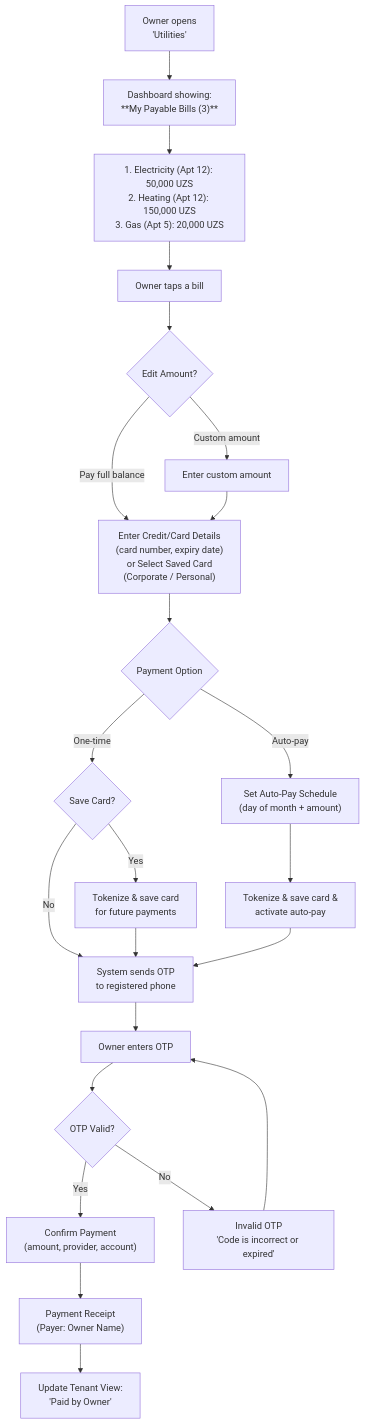
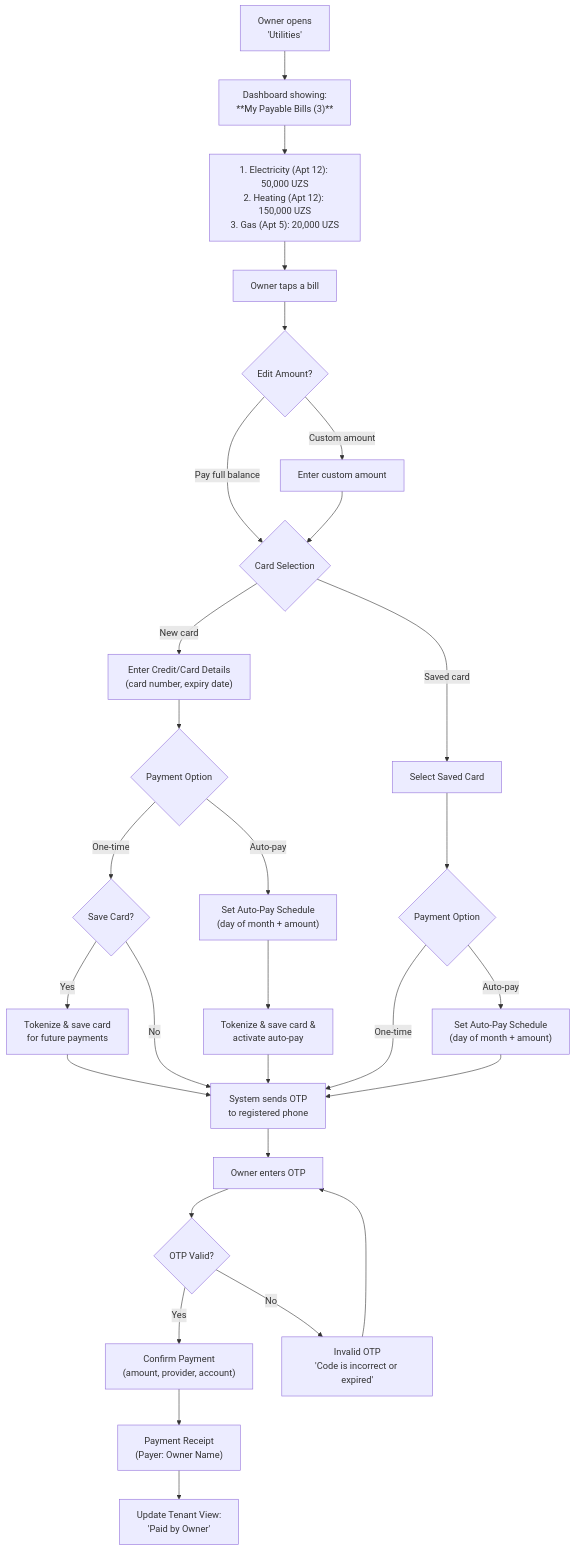
Before and after one commit to saodatm-dev/Utilities---Informational-Architecture: the tenth of 10 diagrams in Utilities - Business Owner.md, drawn with Mermaid. The commit also changed other lines of this file and 1 other file, not shown here.

Commit message:
refactor: update payment userflows to explicitly differentiate between new and saved card payment options.

````diff
--- a/Utilities - Business Owner.md
+++ b/Utilities - Business Owner.md
@@ -286,34 +286,37 @@
 ```mermaid
 flowchart TD
     OPEN["Owner opens<br/>'Utilities'"] --> DASH["Dashboard showing:<br/>**My Payable Bills (3)**"]
 
     DASH --> LIST["1. Electricity (Apt 12): 50,000 UZS<br/>2. Heating (Apt 12): 150,000 UZS<br/>3. Gas (Apt 5): 20,000 UZS"]
 
     LIST --> SELECT["Owner taps a bill"]
 
     SELECT --> EDIT_AMT{"Edit Amount?"}
-    EDIT_AMT -->|"Pay full balance"| CARD_DETAILS["Enter Credit/Card Details<br/>(card number, expiry date)<br/>or Select Saved Card<br/>(Corporate / Personal)"]
-    EDIT_AMT -->|"Custom amount"| CUSTOM_AMT["Enter custom amount"] --> CARD_DETAILS
+    EDIT_AMT -->|"Pay full balance"| CARD_CHOICE{"Card Selection"}
+    EDIT_AMT -->|"Custom amount"| CUSTOM_AMT["Enter custom amount"] --> CARD_CHOICE
 
-    CARD_DETAILS --> PAY_OPTS{"Payment Option"}
+    CARD_CHOICE -->|"New card"| NEW_CARD["Enter Credit/Card Details<br/>(card number, expiry date)"]
+    CARD_CHOICE -->|"Saved card"| SAVED_CARD["Select Saved Card"]
 
-    PAY_OPTS -->|"One-time"| SAVE_CARD{"Save Card?"}
-    SAVE_CARD -->|"Yes"| TOKENIZE["Tokenize & save card<br/>for future payments"]
+    NEW_CARD --> PAY_OPTS_NEW{"Payment Option"}
+    PAY_OPTS_NEW -->|"One-time"| SAVE_CARD{"Save Card?"}
+    SAVE_CARD -->|"Yes"| TOKENIZE["Tokenize & save card<br/>for future payments"] --> SEND_OTP
     SAVE_CARD -->|"No"| SEND_OTP
-    TOKENIZE --> SEND_OTP
+    PAY_OPTS_NEW -->|"Auto-pay"| SCHEDULE_NEW["Set Auto-Pay Schedule<br/>(day of month + amount)"]
+    SCHEDULE_NEW --> AUTO_SAVE["Tokenize & save card &<br/>activate auto-pay"] --> SEND_OTP
 
-    PAY_OPTS -->|"Auto-pay"| SCHEDULE["Set Auto-Pay Schedule<br/>(day of month + amount)"]
-    SCHEDULE --> AUTO_SAVE["Tokenize & save card &<br/>activate auto-pay"]
-    AUTO_SAVE --> SEND_OTP
+    SAVED_CARD --> PAY_OPTS_SAVED{"Payment Option"}
+    PAY_OPTS_SAVED -->|"One-time"| SEND_OTP
+    PAY_OPTS_SAVED -->|"Auto-pay"| SCHEDULE_SAVED["Set Auto-Pay Schedule<br/>(day of month + amount)"] --> SEND_OTP
 
     SEND_OTP["System sends OTP<br/>to registered phone"]
     SEND_OTP --> ENTER_OTP["Owner enters OTP"]
     ENTER_OTP --> OTP_CHECK{"OTP Valid?"}
 
     OTP_CHECK -->|"Yes"| CONFIRM["Confirm Payment<br/>(amount, provider, account)"]
     OTP_CHECK -->|"No"| OTP_ERROR["Invalid OTP<br/>'Code is incorrect or expired'"]
     OTP_ERROR --> ENTER_OTP
 
     CONFIRM --> RECEIPT["Payment Receipt<br/>(Payer: Owner Name)"]
     RECEIPT --> UPDATE["Update Tenant View:<br/>'Paid by Owner'"]
 ```
````
